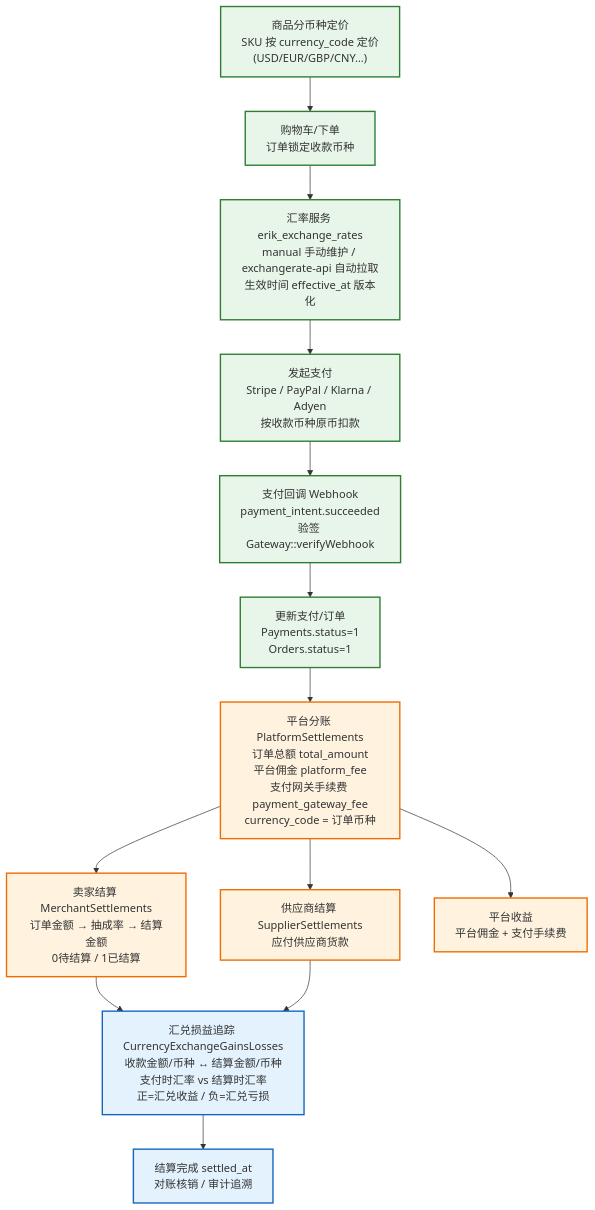
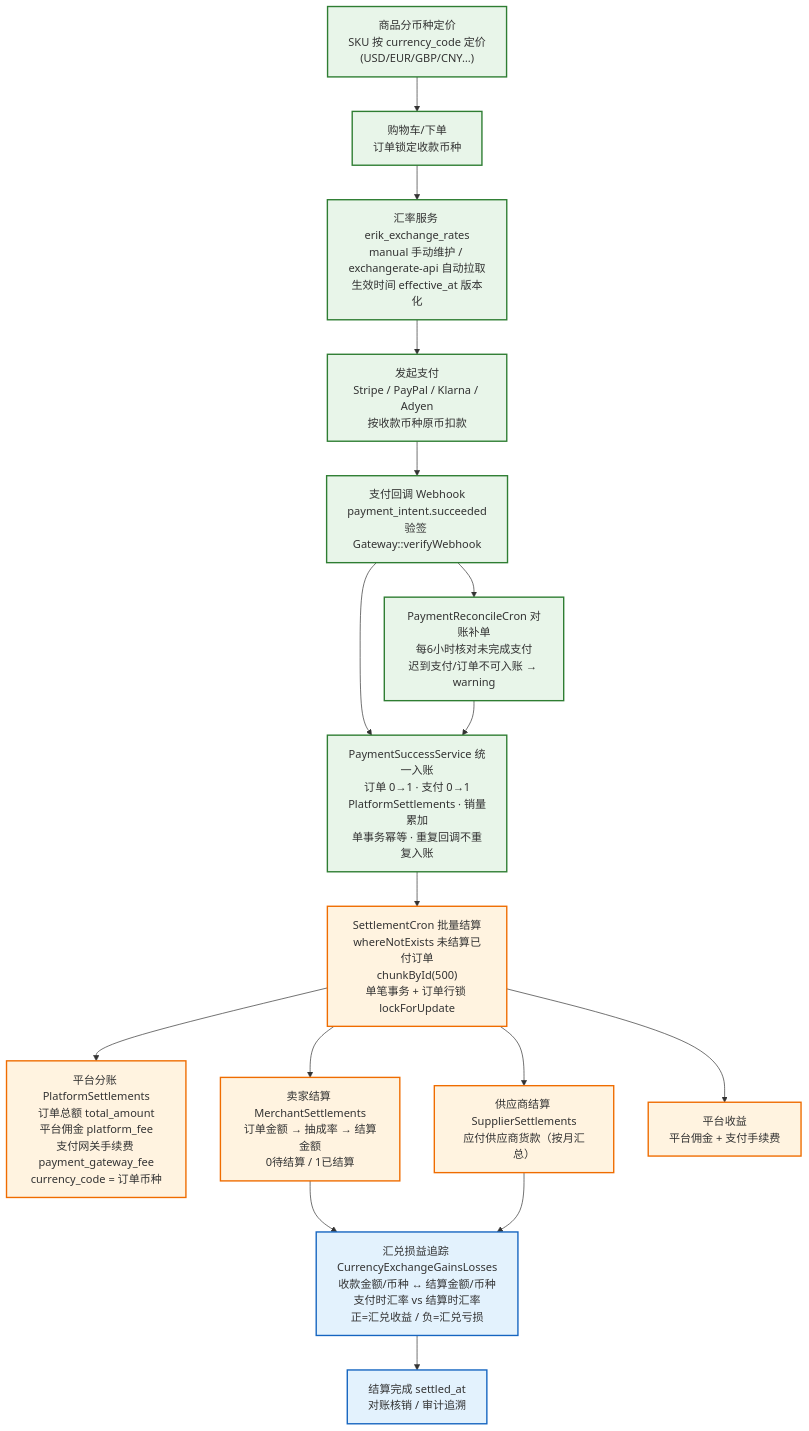
Before and after one commit to erikwang2013/erik-shop: the diagram in docs/08-multi-currency-settlement.mmd, drawn with Mermaid. The commit also changed 15 other files, not shown here.

First line of the commit message:
docs: 重新渲染 8 张架构图与流程图 SVG

```diff
--- a/docs/08-multi-currency-settlement.mmd
+++ b/docs/08-multi-currency-settlement.mmd
@@ -1,26 +1,30 @@
 flowchart TD
     A["商品分币种定价<br/>SKU 按 currency_code 定价<br/>(USD/EUR/GBP/CNY…)"] --> B["购物车/下单<br/>订单锁定收款币种"]
     B --> C["汇率服务 erik_exchange_rates<br/>manual 手动维护 / exchangerate-api 自动拉取<br/>生效时间 effective_at 版本化"]
 
     C --> D["发起支付<br/>Stripe / PayPal / Klarna / Adyen<br/>按收款币种原币扣款"]
     D --> E["支付回调 Webhook<br/>payment_intent.succeeded<br/>验签 Gateway::verifyWebhook"]
 
-    E --> F["更新支付/订单<br/>Payments.status=1<br/>Orders.status=1"]
+    E --> R["PaymentReconcileCron 对账补单<br/>每6小时核对未完成支付<br/>迟到支付/订单不可入账 → warning"]
 
-    F --> G["平台分账 PlatformSettlements<br/>订单总额 total_amount<br/>平台佣金 platform_fee<br/>支付网关手续费 payment_gateway_fee<br/>currency_code = 订单币种"]
+    E --> PS["PaymentSuccessService 统一入账<br/>订单 0→1 · 支付 0→1<br/>PlatformSettlements · 销量累加<br/>单事务幂等 · 重复回调不重复入账"]
+    R --> PS
 
-    G --> H1["卖家结算 MerchantSettlements<br/>订单金额 → 抽成率 → 结算金额<br/>0待结算 / 1已结算"]
-    G --> H2["供应商结算 SupplierSettlements<br/>应付供应商货款"]
-    G --> H4["平台收益<br/>平台佣金 + 支付手续费"]
+    PS --> SC["SettlementCron 批量结算<br/>whereNotExists 未结算已付订单<br/>chunkById(500)<br/>单笔事务 + 订单行锁 lockForUpdate"]
+
+    SC --> G["平台分账 PlatformSettlements<br/>订单总额 total_amount<br/>平台佣金 platform_fee<br/>支付网关手续费 payment_gateway_fee<br/>currency_code = 订单币种"]
+    SC --> H1["卖家结算 MerchantSettlements<br/>订单金额 → 抽成率 → 结算金额<br/>0待结算 / 1已结算"]
+    SC --> H2["供应商结算 SupplierSettlements<br/>应付供应商货款（按月汇总）"]
+    SC --> H4["平台收益<br/>平台佣金 + 支付手续费"]
 
     H1 --> I["汇兑损益追踪 CurrencyExchangeGainsLosses<br/>收款金额/币种 ↔ 结算金额/币种<br/>支付时汇率 vs 结算时汇率<br/>正=汇兑收益 / 负=汇兑亏损"]
     H2 --> I
 
     I --> J["结算完成 settled_at<br/>对账核销 / 审计追溯"]
 
     classDef pay fill:#e8f5e9,stroke:#2e7d32,stroke-width:2px;
     classDef settle fill:#fff3e0,stroke:#ef6c00,stroke-width:2px;
     classDef fx fill:#e3f2fd,stroke:#1565c0,stroke-width:2px;
-    class A,B,C,D,E,F pay;
-    class G,H1,H2,H4 settle;
+    class A,B,C,D,E,PS,R pay;
+    class G,H1,H2,H4,SC settle;
     class I,J fx;
```
